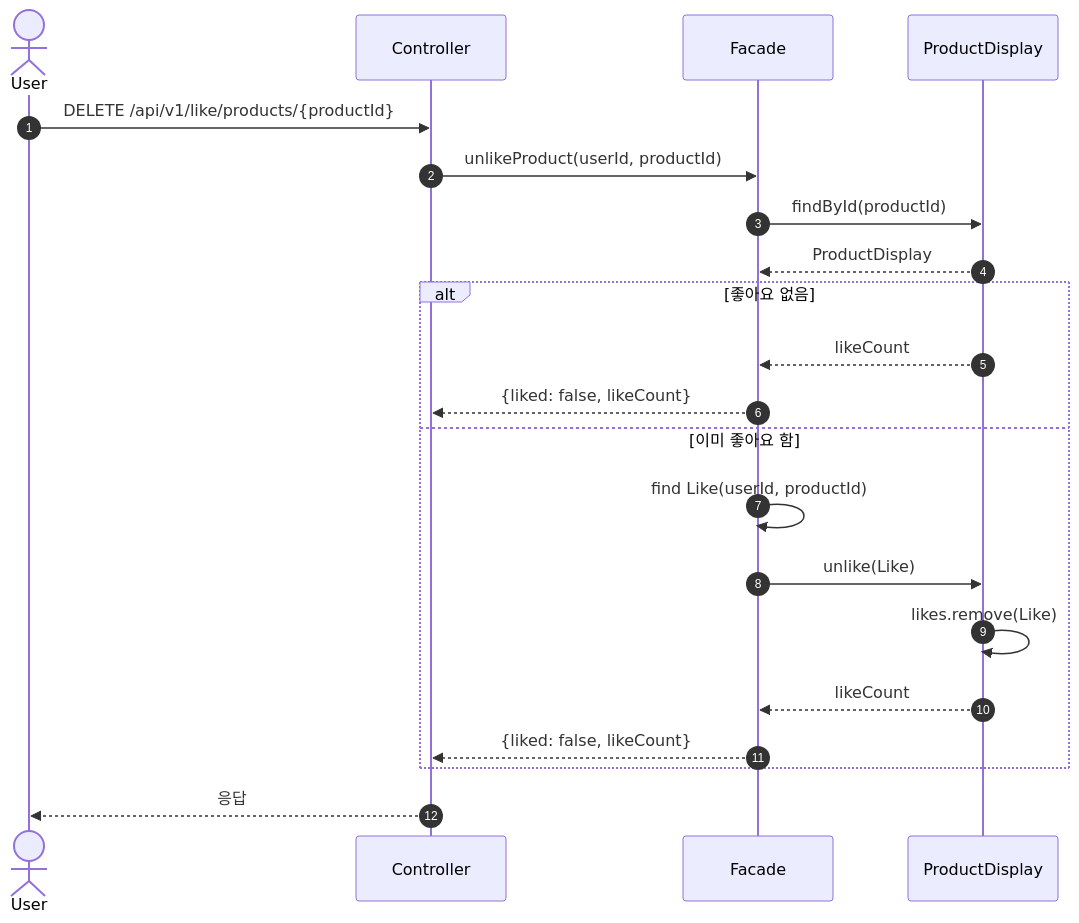
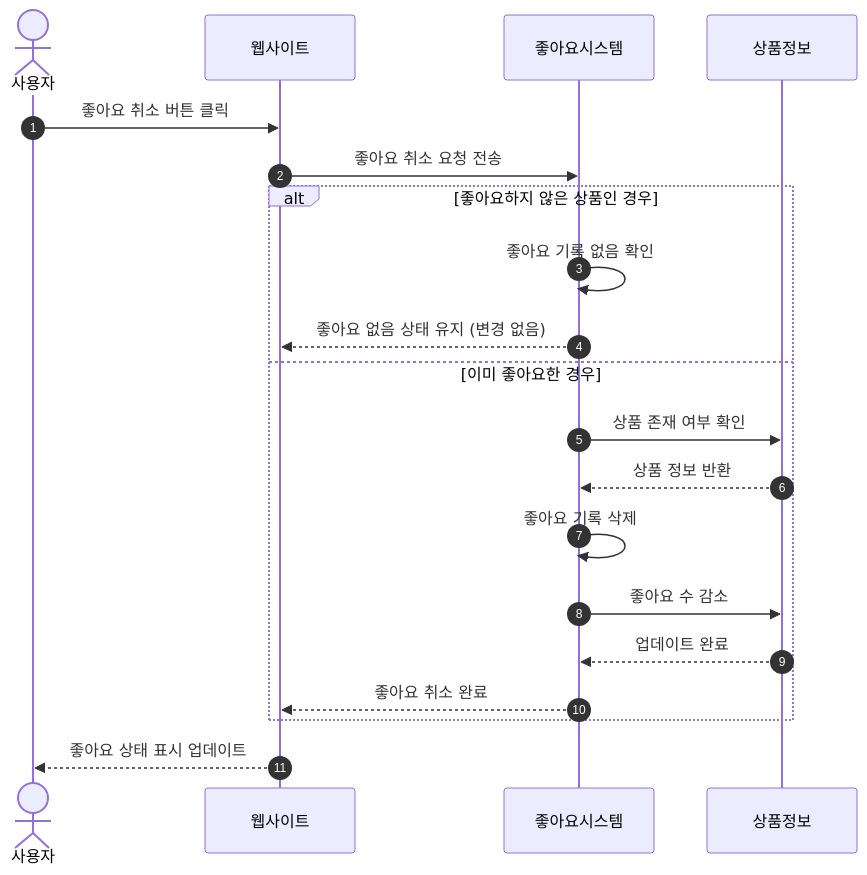
The second of 4 diagrams in .docs/design/02-sequence-diagrams.md (Loopers-dev-lab/loopers-spring-java-template), drawn with Mermaid before and after one commit. The commit also changed other lines of this file and 3 other files, not shown here.

````diff
--- a/.docs/design/02-sequence-diagrams.md
+++ b/.docs/design/02-sequence-diagrams.md
@@ -49,25 +54,25 @@
 ```mermaid
 sequenceDiagram
     autonumber
-    actor User
-    participant Controller
-    participant Facade
-    participant ProductDisplay
+    actor 사용자
+    participant 웹사이트
+    participant 좋아요시스템
+    participant 상품정보
 
-    User->>Controller: DELETE /api/v1/like/products/{productId}
-    Controller->>Facade: unlikeProduct(userId, productId)
-    Facade->>ProductDisplay: findById(productId)
-    ProductDisplay-->>Facade: ProductDisplay
+    사용자->>웹사이트: 좋아요 취소 버튼 클릭
+    웹사이트->>좋아요시스템: 좋아요 취소 요청 전송
     
-    alt 좋아요 없음
-        ProductDisplay-->>Facade: likeCount
-        Facade-->>Controller: {liked: false, likeCount}
-    else 이미 좋아요 함
-        Facade->>Facade: find Like(userId, productId)
-        Facade->>ProductDisplay: unlike(Like)
-        ProductDisplay->>ProductDisplay: likes.remove(Like)
-        ProductDisplay-->>Facade: likeCount
-        Facade-->>Controller: {liked: false, likeCount}
+    alt 좋아요하지 않은 상품인 경우
+        좋아요시스템->>좋아요시스템: 좋아요 기록 없음 확인
+        좋아요시스템-->>웹사이트: 좋아요 없음 상태 유지 (변경 없음)
+    else 이미 좋아요한 경우
+        좋아요시스템->>상품정보: 상품 존재 여부 확인
+        상품정보-->>좋아요시스템: 상품 정보 반환
+        좋아요시스템->>좋아요시스템: 좋아요 기록 삭제
+        좋아요시스템->>상품정보: 좋아요 수 감소
+        상품정보-->>좋아요시스템: 업데이트 완료
+        좋아요시스템-->>웹사이트: 좋아요 취소 완료
     end
-    Controller-->>User: 응답
+    
+    웹사이트-->>사용자: 좋아요 상태 표시 업데이트
 ```
````
